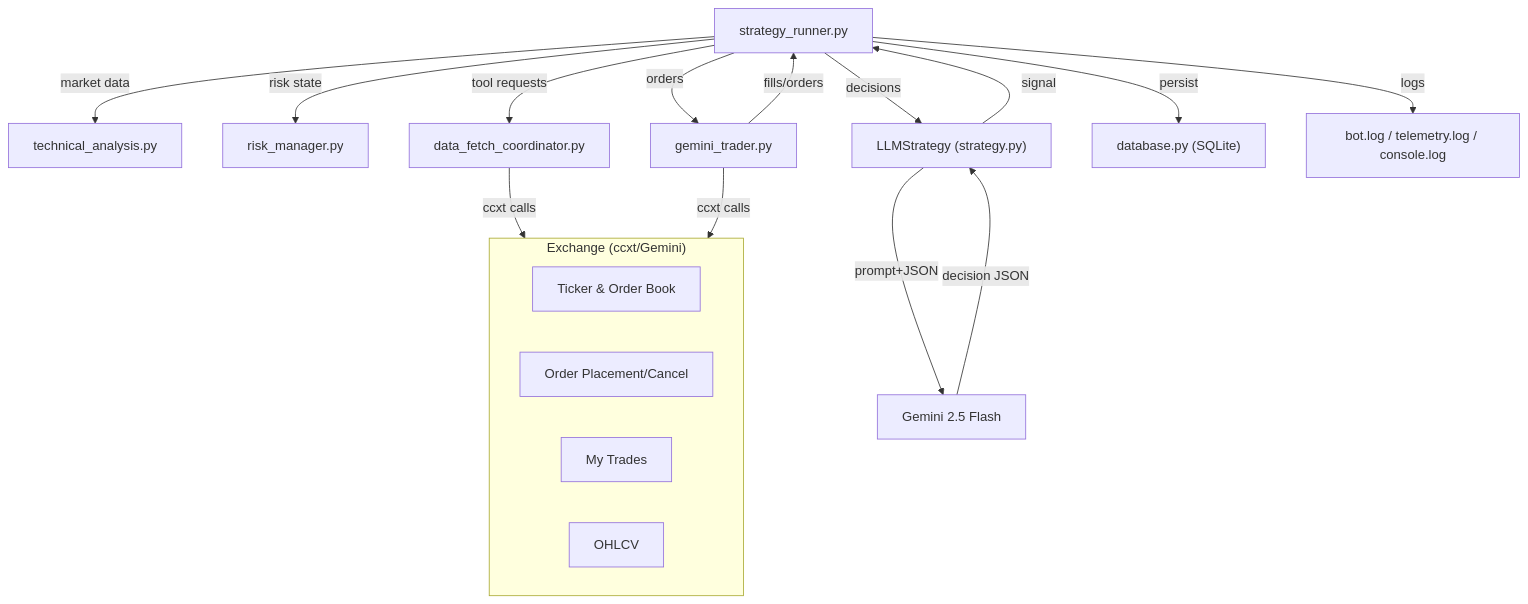
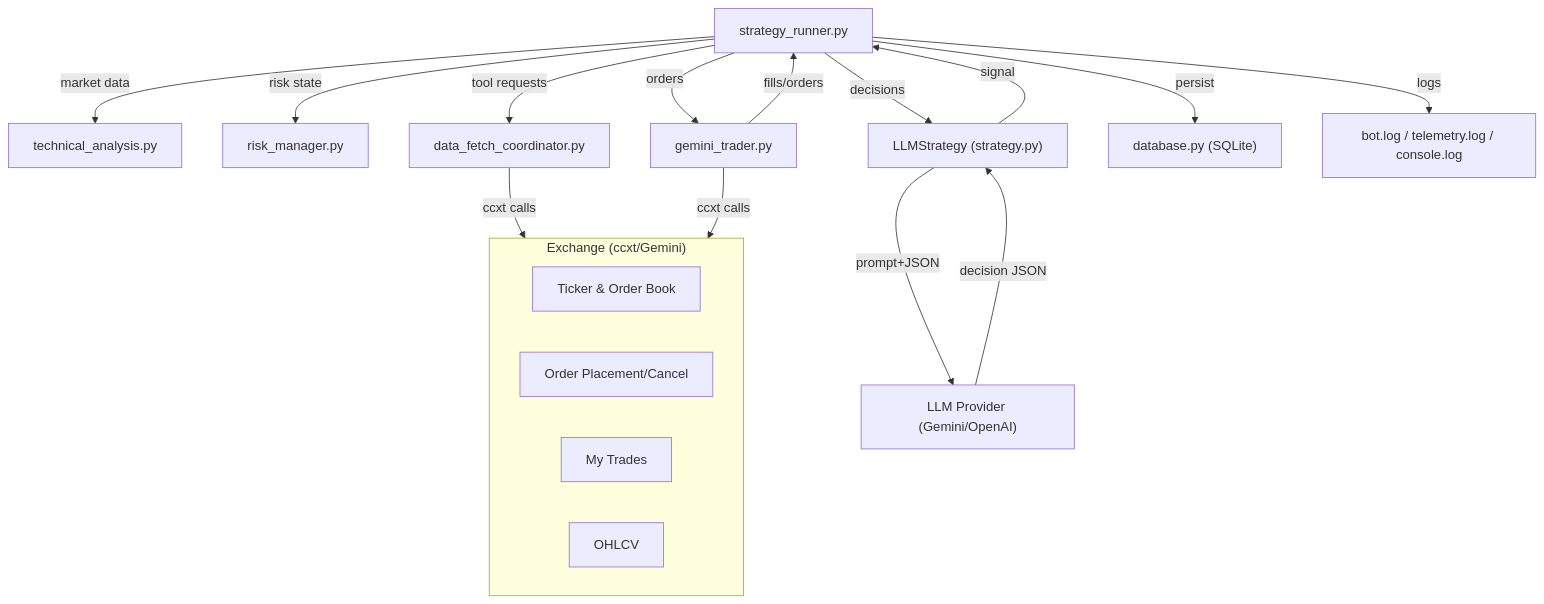
Before and after one commit to dmcd/trader-bot: the first of 2 diagrams in docs/architecture.md, drawn with Mermaid. The commit also changed other lines of this file and 12 other files, not shown here.

Commit message:
feat: Implement configurable LLM providers, adding OpenAI support with dynamic cost tracking and updated documentation.

````diff
--- a/docs/architecture.md
+++ b/docs/architecture.md
@@ -7,23 +7,23 @@
 ```mermaid
 flowchart TD
     subgraph Venue["Exchange (ccxt/Gemini)"]
         Ticker["Ticker & Order Book"]
         Orders["Order Placement/Cancel"]
         Trades["My Trades"]
         OHLCV["OHLCV"]
     end
 
     Runner["strategy_runner.py"] -->|market data| TA["technical_analysis.py"]
     Runner -->|risk state| Risk["risk_manager.py"]
     Runner -->|tool requests| Tools["data_fetch_coordinator.py"]
     Runner -->|decisions| Strategy["LLMStrategy (strategy.py)"]
-    Strategy -->|prompt+JSON| LLM["Gemini 2.5 Flash"]
+    Strategy -->|prompt+JSON| LLM["LLM Provider (Gemini/OpenAI)"]
     LLM -->|decision JSON| Strategy
     Strategy -->|signal| Runner
     Runner -->|orders| Trader["gemini_trader.py"]
     Trader -->|fills/orders| Runner
     Runner -->|persist| DB["database.py (SQLite)"]
     Runner -->|logs| Logs["bot.log / telemetry.log / console.log"]
     Tools -->|ccxt calls| Venue
     Trader -->|ccxt calls| Venue
 ```
````
